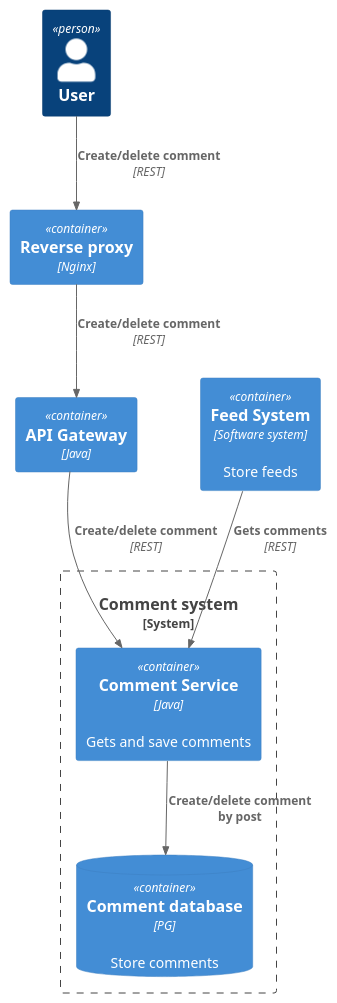
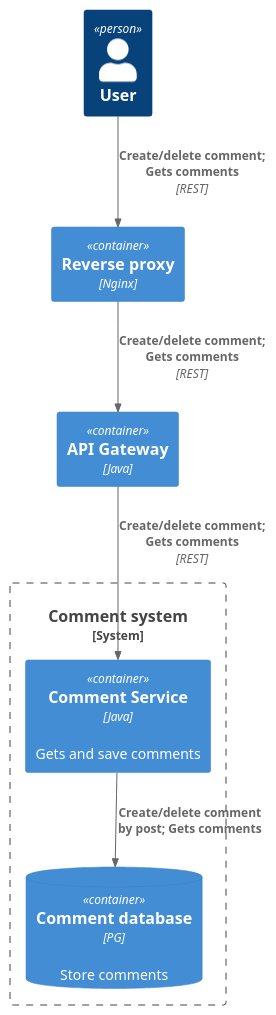
One commit to K0ncsss/-social_network_system_design changed the diagram in architecture/comment_system/container.puml. Above: the diagram before and after it, drawn with PlantUML. The commit also changed 6 other files, not shown here.

```diff
--- a/architecture/comment_system/container.puml
+++ b/architecture/comment_system/container.puml
@@ -1,22 +1,20 @@
 @startuml
 !include https://raw.githubusercontent.com/plantuml-stdlib/C4-PlantUML/master/C4_Container.puml
 
 Person(user, "User")
 Container(LB, "Reverse proxy", "Nginx", "")
 Container(api, "API Gateway", "Java")
 Container(api, "API Gateway", "Java")
-Container(FeedSystem, "Feed System", "Software system", "Store feeds")
 
 
 System_Boundary(CommentSystem, "Comment system") {
 Container(CommentService, "Comment Service", "Java", "Gets and save comments")
 ContainerDb(CommentDb, "Comment database", "PG", "Store comments")
 }
 
 
-Rel(user, LB, "Create/delete comment", "REST")
-Rel(LB, api, "Create/delete comment", "REST")
-Rel(api, CommentService, "Create/delete comment", "REST")
-Rel(CommentService, CommentDb, "Create/delete comment by post")
-Rel(FeedSystem, CommentService, "Gets comments", "REST")
+Rel(user, LB, "Create/delete comment; Gets comments", "REST")
+Rel(LB, api, "Create/delete comment; Gets comments", "REST")
+Rel(api, CommentService, "Create/delete comment; Gets comments", "REST")
+Rel(CommentService, CommentDb, "Create/delete comment by post; Gets comments")
 @enduml
```
